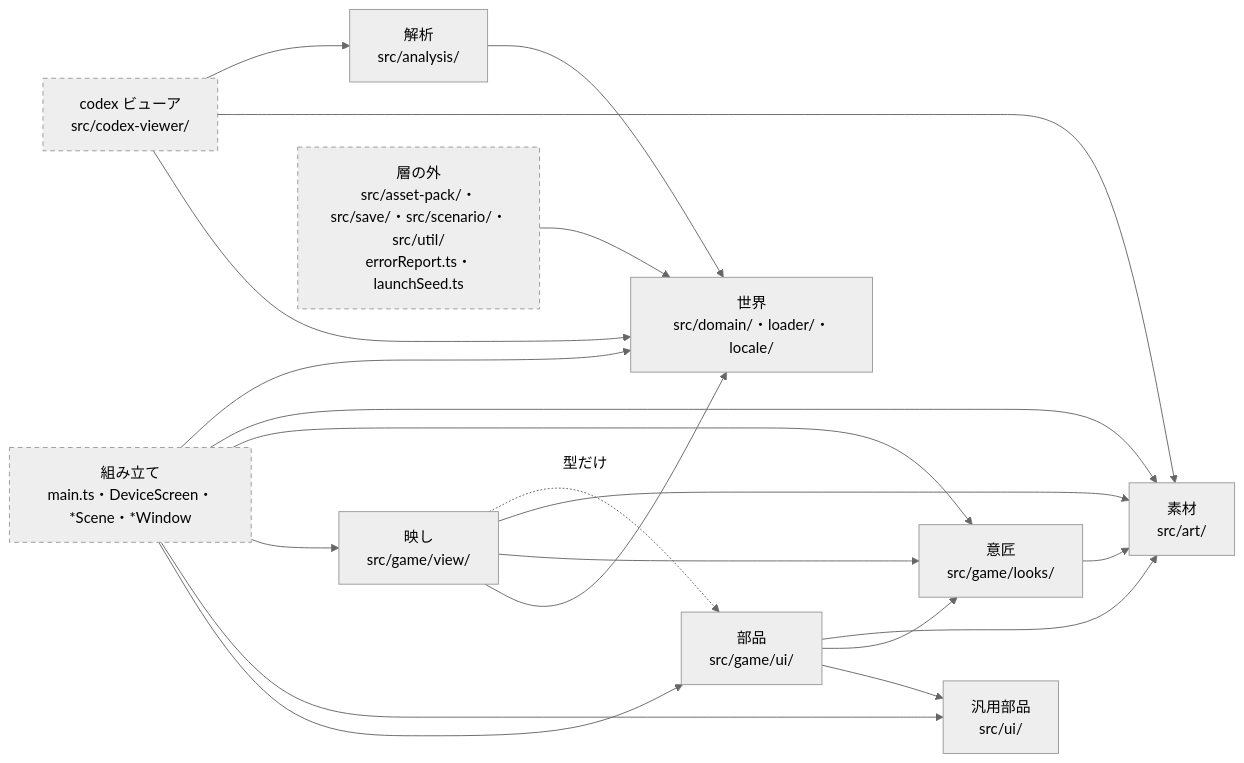
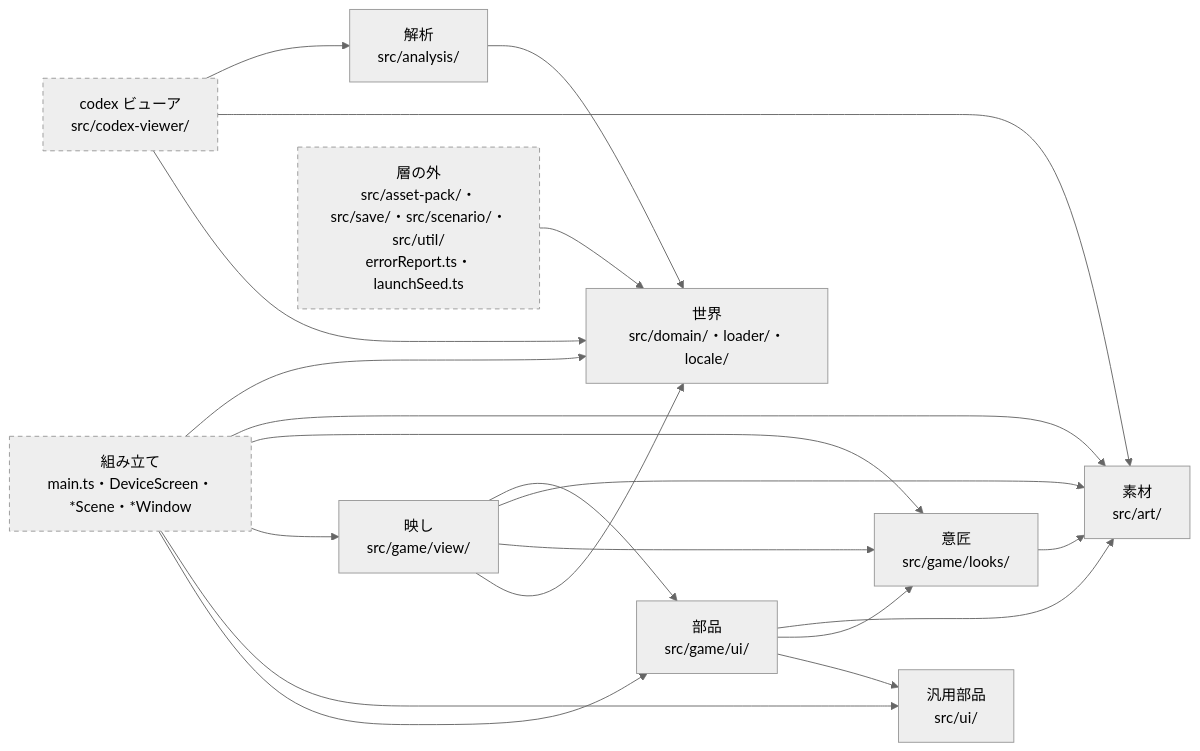
The diagram in docs/CodeStructure.md (gooyyu1/UnmappedIsland), drawn with Mermaid (neutral theme) before and after one commit. The commit also changed other lines of this file and 6 other files, not shown here.

First line of the commit message:
兄弟を言い回しではなく型で数え、表と図の一致を検査で押さえる

````diff
--- a/docs/CodeStructure.md
+++ b/docs/CodeStructure.md
@@ -65,25 +70,24 @@
 ```mermaid
 flowchart LR
     Assembly["組み立て<br/>main.ts・DeviceScreen・*Scene・*Window"]
     Parts["部品<br/>src/game/ui/"]
     Common["汎用部品<br/>src/ui/"]
     Looks["意匠<br/>src/game/looks/"]
     Art["素材<br/>src/art/"]
     View["映し<br/>src/game/view/"]
     World["世界<br/>src/domain/・loader/・locale/"]
     Analysis["解析<br/>src/analysis/"]
     Outside["層の外<br/>src/asset-pack/・src/save/・src/scenario/・src/util/<br/>errorReport.ts・launchSeed.ts"]
     Codex["codex ビューア<br/>src/codex-viewer/"]
 
     Assembly --> Parts & Common & View & Looks & Art & World
     Parts --> Common & Looks & Art
-    View --> World & Looks & Art
-    View -.->|"型だけ"| Parts
+    View --> World & Looks & Art & Parts
     Looks --> Art
     Analysis --> World
     Outside --> World
     Codex --> World & Art & Analysis
 
     classDef notLayer stroke-dasharray: 5 4
     class Assembly,Outside,Codex notLayer
 ```
````
